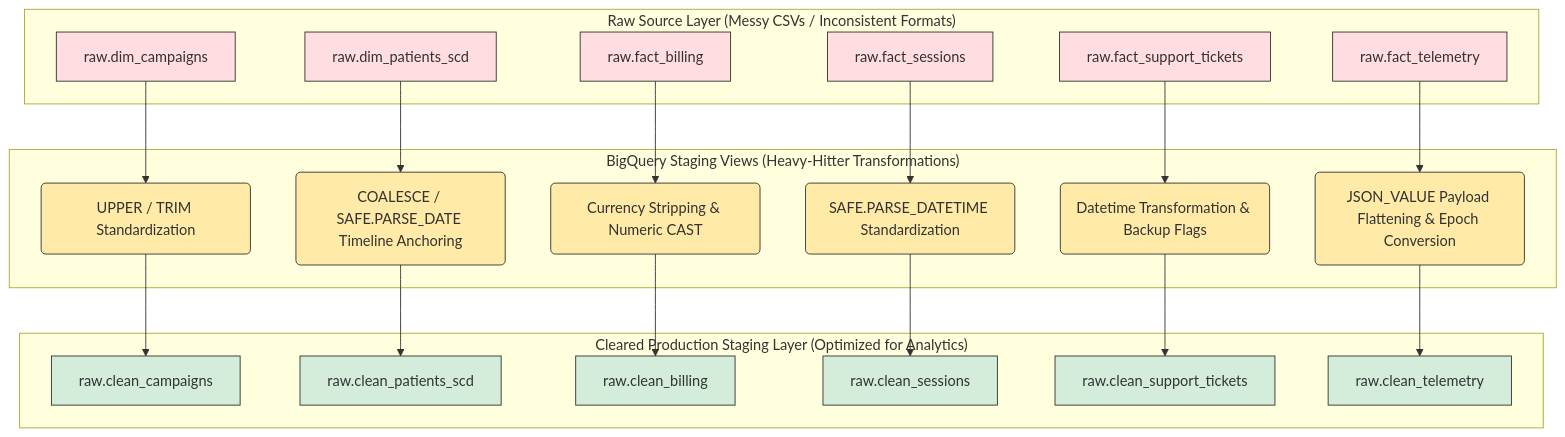
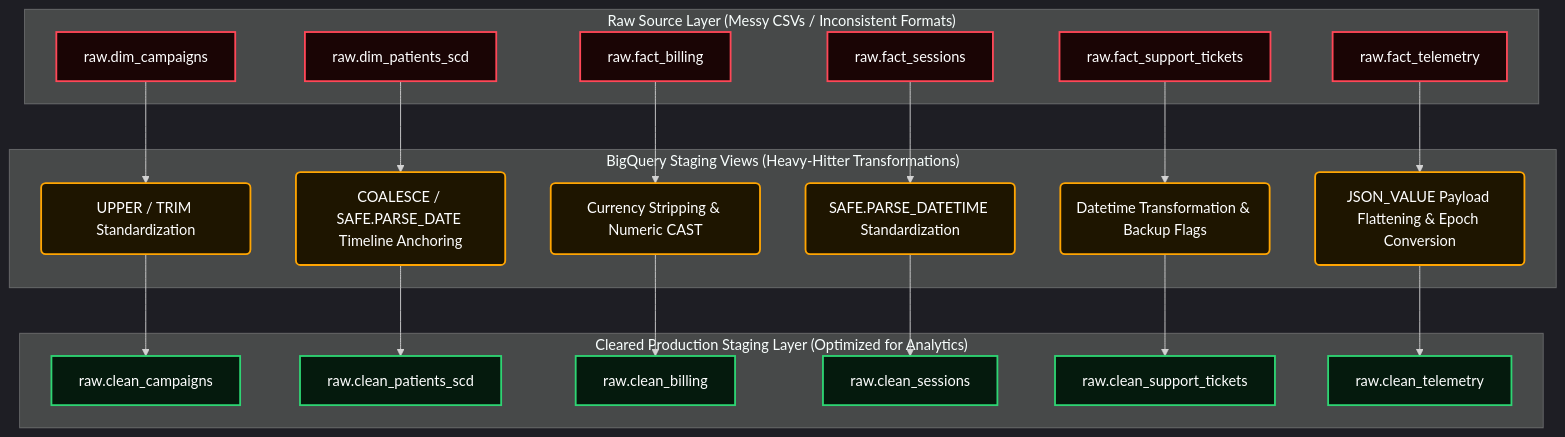
Before and after one commit to blackbean0099/Enterprise-Healthcare-Analytics: the diagram in README.md, drawn with Mermaid. The commit also changed other lines of this file, not shown here.

``````diff
--- a/README.md
+++ b/README.md
@@ -38,50 +38,51 @@
 ```mermaid
+%%{init: {'theme': 'dark'}}%%
 graph TD
     %% Define Raw Data Layer
     subgraph "Raw Source Layer (Messy CSVs / Inconsistent Formats)"
         A1[raw.dim_campaigns]
         A2[raw.dim_patients_scd]
         A3[raw.fact_billing]
         A4[raw.fact_sessions]
         A5[raw.fact_support_tickets]
         A6[raw.fact_telemetry]
     end
 
     %% Define Engineering Transforms
     subgraph "BigQuery Staging Views (Heavy-Hitter Transformations)"
         B1("UPPER / TRIM Standardization")
         B2("COALESCE / SAFE.PARSE_DATE Timeline Anchoring")
         B3("Currency Stripping & Numeric CAST")
         B4("SAFE.PARSE_DATETIME Standardization")
         B5("Datetime Transformation & Backup Flags")
         B6("JSON_VALUE Payload Flattening & Epoch Conversion")
     end
 
     %% Define Staging Layer Output
     subgraph "Cleared Production Staging Layer (Optimized for Analytics)"
         C1[raw.clean_campaigns]
         C2[raw.clean_patients_scd]
         C3[raw.clean_billing]
         C4[raw.clean_sessions]
         C5[raw.clean_support_tickets]
         C6[raw.clean_telemetry]
     end
 
     %% Connect Flow
     A1 --> B1 --> C1
     A2 --> B2 --> C2
     A3 --> B3 --> C3
     A4 --> B4 --> C4
     A5 --> B5 --> C5
     A6 --> B6 --> C6
 
-    %% Styling
-    classDef raw fill:#ffdde1,stroke:#333,stroke-width:1px;
-    classDef transform fill:#ffeaa7,stroke:#333,stroke-width:1px;
-    classDef clean fill:#d4edda,stroke:#333,stroke-width:1px;
+    %% High-Contrast Dark Mode Styling
+    classDef raw fill:#1a0505,stroke:#ff4757,stroke-width:2px,color:#ffffff;
+    classDef transform fill:#1e1500,stroke:#ffa502,stroke-width:2px,color:#ffffff;
+    classDef clean fill:#051a0d,stroke:#2ed573,stroke-width:2px,color:#ffffff;
     
     class A1,A2,A3,A4,A5,A6 raw;
     class B1,B2,B3,B4,B5,B6 transform;
     class C1,C2,C3,C4,C5,C6 clean; 
     
 `````
``````
